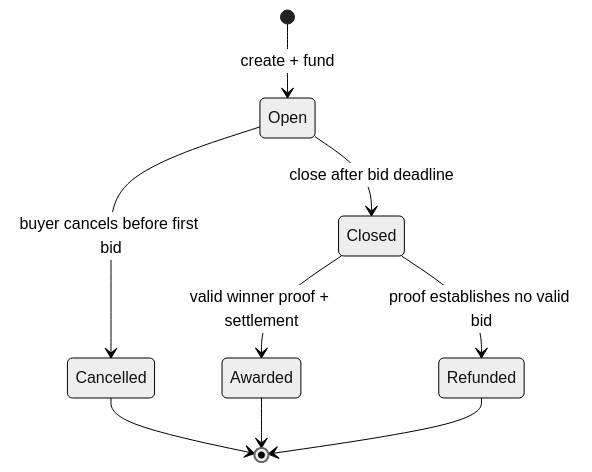
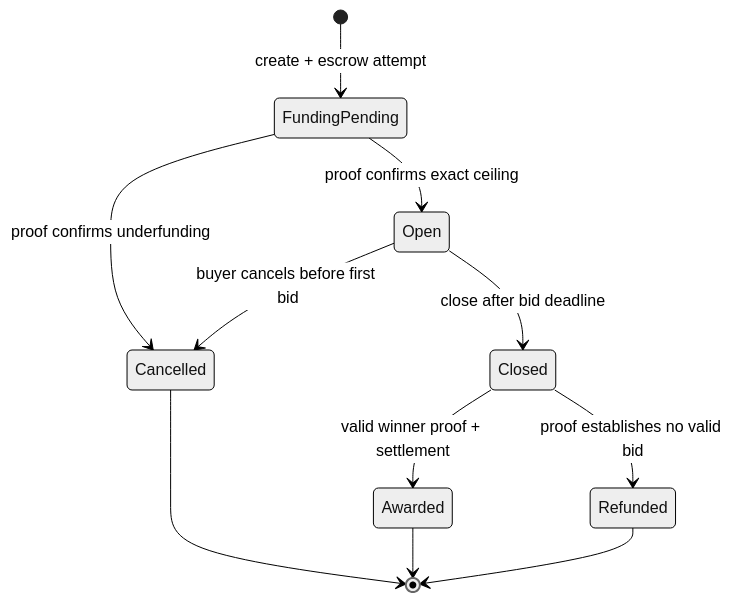
Before and after one commit to huutrungle2001/Veilbid: the diagram in docs/contract-spec.md, drawn with Mermaid (neutral theme). The commit also changed other lines of this file and 12 other files, not shown here.

````diff
--- a/docs/contract-spec.md
+++ b/docs/contract-spec.md
@@ -38,11 +39,13 @@
 ```mermaid
 stateDiagram-v2
-    [*] --> Open: create + fund
+    [*] --> FundingPending: create + escrow attempt
+    FundingPending --> Open: proof confirms exact ceiling
+    FundingPending --> Cancelled: proof confirms underfunding
     Open --> Closed: close after bid deadline
     Open --> Cancelled: buyer cancels before first bid
     Closed --> Awarded: valid winner proof + settlement
     Closed --> Refunded: proof establishes no valid bid
     Cancelled --> [*]
     Awarded --> [*]
     Refunded --> [*]
 ```
````
